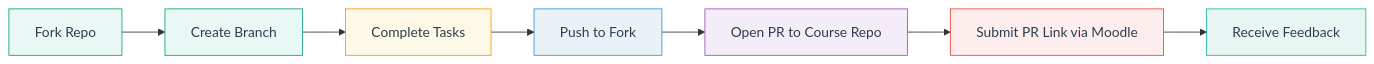
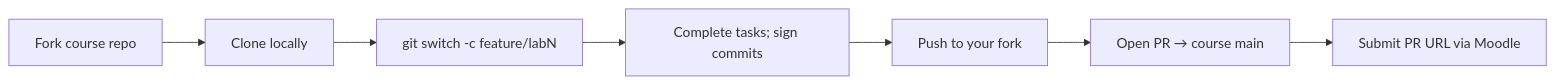
One commit to kicchhi/DevOps-Intro changed the second of 2 diagrams in README.md. Above: the diagram before and after it, drawn with Mermaid. The commit also changed other lines of this file and 1 other file, not shown here.

First line of the commit message:
docs(course): rewrite README + add .gitignore for project-threaded structure

````diff
--- a/README.md
+++ b/README.md
@@ -581,17 +146,9 @@
 ```mermaid
 graph LR
-    A[Fork Repo] --> B[Create Branch]
-    B --> C[Complete Tasks]
-    C --> D[Push to Fork]
-    D --> E[Open PR to Course Repo]
-    E --> F[Submit PR Link via Moodle]
-    F --> G[Receive Feedback]
-    
-    style A fill:#e8f8f5,stroke:#16a085,color:#2c3e50
-    style B fill:#e8f8f5,stroke:#16a085,color:#2c3e50
-    style C fill:#fef9e7,stroke:#f39c12,color:#2c3e50
-    style D fill:#eaf2f8,stroke:#3498db,color:#2c3e50
-    style E fill:#f4ecf7,stroke:#9b59b6,color:#2c3e50
-    style F fill:#fdedec,stroke:#e74c3c,color:#2c3e50
-    style G fill:#e8f6f3,stroke:#1abc9c,color:#2c3e50
+    A[Fork course repo] --> B[Clone locally]
+    B --> C[git switch -c feature/labN]
+    C --> D[Complete tasks; sign commits]
+    D --> E[Push to your fork]
+    E --> F[Open PR → course main]
+    F --> G[Submit PR URL via Moodle]
 ```
````
